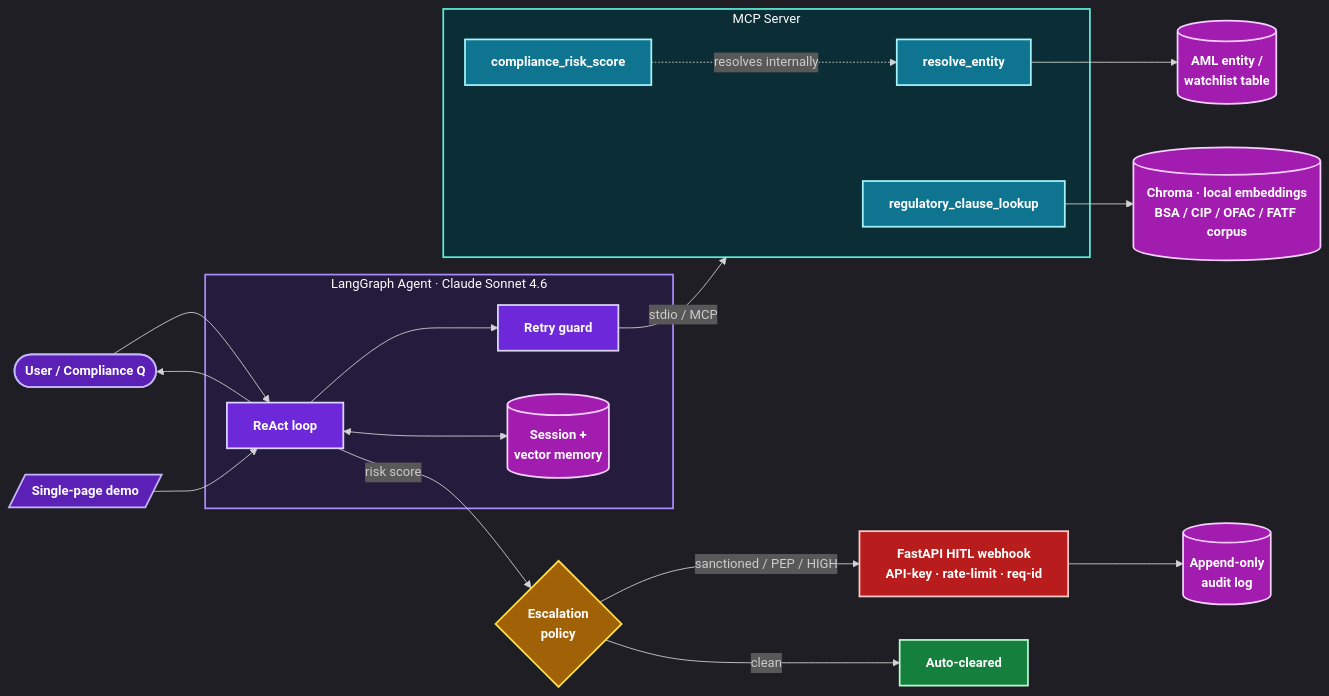
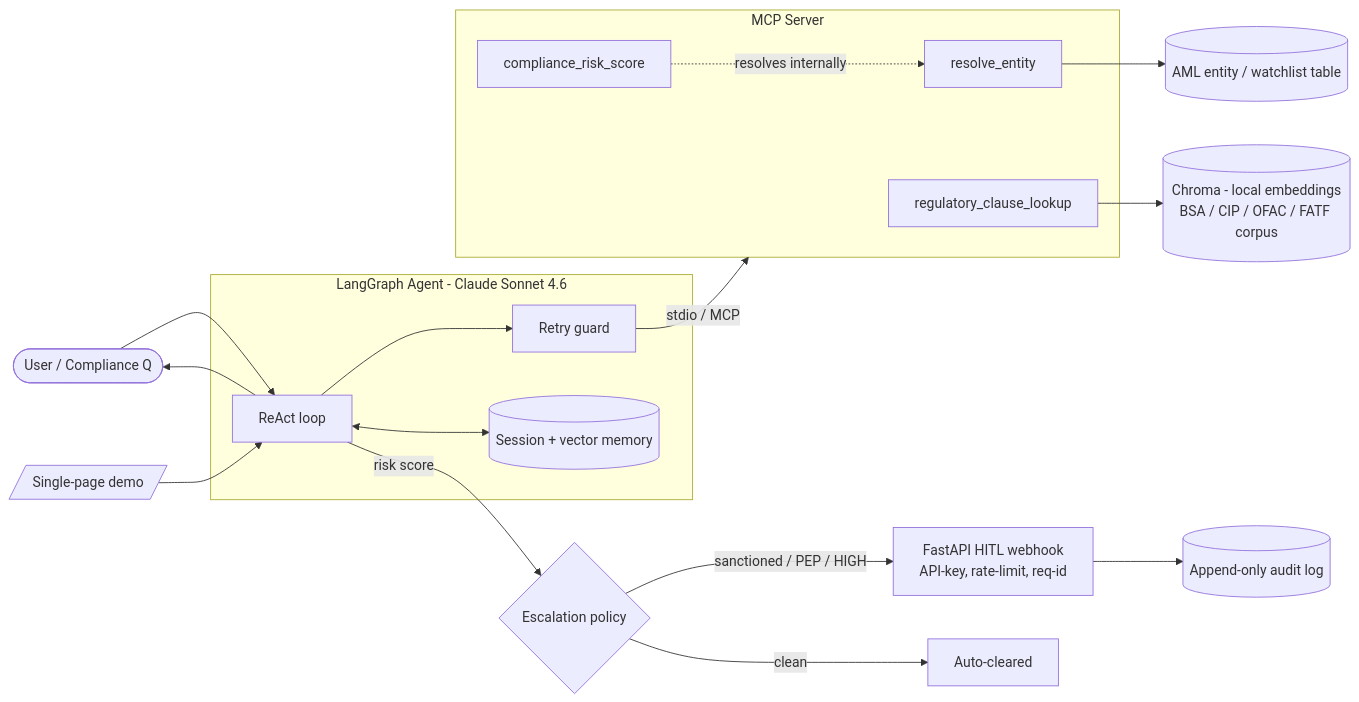
One commit to nehashirodkar/mcp-compliance-assistant changed the diagram in README.md. Above: the diagram before and after it, drawn with Mermaid.

Commit message:
docs: plain readable architecture diagram + clean results + footer + demo port

````diff
--- a/README.md
+++ b/README.md
@@ -41,40 +41,28 @@
 ```mermaid
-%%{init: {'theme':'dark','themeVariables':{'fontSize':'15px'}}}%%
 flowchart LR
-    U([User / Compliance Q]):::io --> A
-    DEMO[/Single-page demo/]:::io --> A
+    U([User / Compliance Q]) --> A
+    DEMO[/Single-page demo/] --> A
 
-    subgraph AGENT["LangGraph Agent · Claude Sonnet 4.6"]
-        A[ReAct loop]:::agent --> R[Retry guard]:::agent
-        A <--> M[(Session +<br/>vector memory)]:::store
+    subgraph AGENT["LangGraph Agent - Claude Sonnet 4.6"]
+        A[ReAct loop] --> R[Retry guard]
+        A <--> M[(Session + vector memory)]
     end
 
     R -- stdio / MCP --> S
 
     subgraph S["MCP Server"]
-        T1[regulatory_clause_lookup]:::tool
-        T2[compliance_risk_score]:::tool
-        T3[resolve_entity]:::tool
+        T1[regulatory_clause_lookup]
+        T2[compliance_risk_score]
+        T3[resolve_entity]
     end
 
-    T1 --> C[(Chroma · local embeddings<br/>BSA / CIP / OFAC / FATF corpus)]:::store
-    T3 --> E[(AML entity /<br/>watchlist table)]:::store
+    T1 --> C[(Chroma - local embeddings<br/>BSA / CIP / OFAC / FATF corpus)]
+    T3 --> E[(AML entity / watchlist table)]
     T2 -. resolves internally .-> T3
 
-    A -- risk score --> P{Escalation<br/>policy}:::policy
-    P -- sanctioned / PEP / HIGH --> H[FastAPI HITL webhook<br/>API-key · rate-limit · req-id]:::hitl
-    P -- clean --> CLR[Auto-cleared]:::ok
-    H --> AUD[(Append-only<br/>audit log)]:::store
+    A -- risk score --> P{Escalation policy}
+    P -- sanctioned / PEP / HIGH --> H[FastAPI HITL webhook<br/>API-key, rate-limit, req-id]
+    P -- clean --> CLR[Auto-cleared]
+    H --> AUD[(Append-only audit log)]
     A --> U
-
-    classDef io fill:#5b21b6,stroke:#c4b5fd,stroke-width:2px,color:#ffffff,font-weight:bold;
-    classDef agent fill:#6d28d9,stroke:#ddd6fe,stroke-width:2px,color:#ffffff,font-weight:bold;
-    classDef tool fill:#0e7490,stroke:#a5f3fc,stroke-width:2px,color:#ffffff,font-weight:bold;
-    classDef store fill:#a21caf,stroke:#f5d0fe,stroke-width:2px,color:#ffffff,font-weight:bold;
-    classDef policy fill:#a16207,stroke:#fde047,stroke-width:2px,color:#ffffff,font-weight:bold;
-    classDef hitl fill:#b91c1c,stroke:#fecaca,stroke-width:2px,color:#ffffff,font-weight:bold;
-    classDef ok fill:#15803d,stroke:#bbf7d0,stroke-width:2px,color:#ffffff,font-weight:bold;
-
-    style AGENT fill:#241b3d,stroke:#a78bfa,stroke-width:2px,color:#ffffff;
-    style S fill:#0b2e36,stroke:#5eead4,stroke-width:2px,color:#ffffff;
 ```
````
